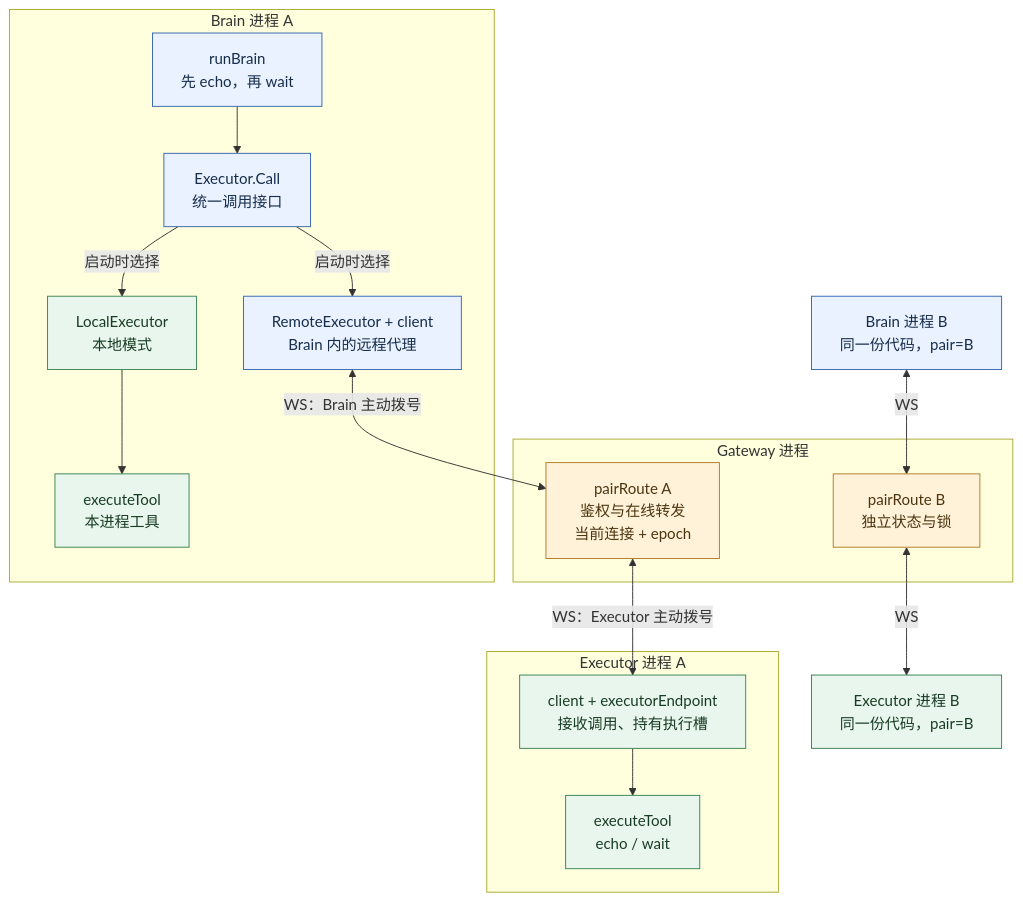
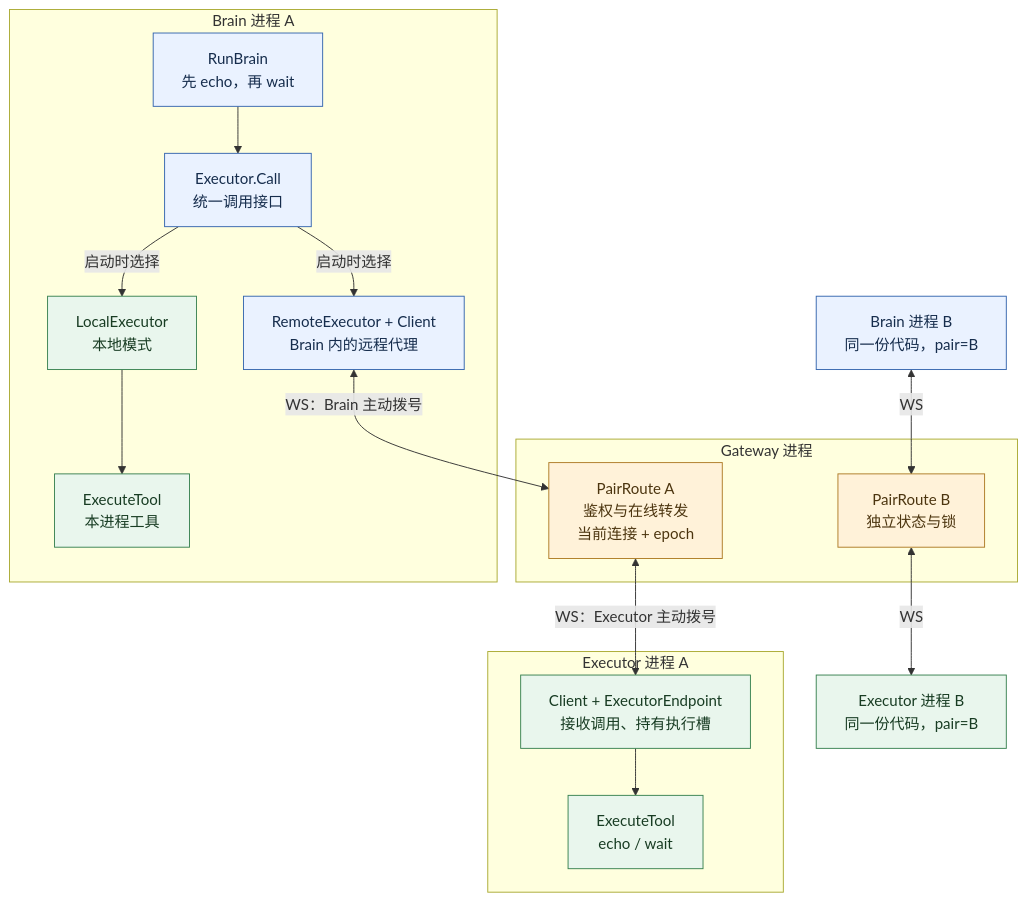
The diagram in docs/code_study/diagrams/01-architecture.mmd (shubolab/stream-gateway-lab), drawn with Mermaid before and after one commit. The commit also changed 45 other files, not shown here.

```diff
--- a/docs/code_study/diagrams/01-architecture.mmd
+++ b/docs/code_study/diagrams/01-architecture.mmd
@@ -1,33 +1,33 @@
 flowchart TB
     subgraph BP[Brain 进程 A]
-        B[runBrain<br/>先 echo，再 wait]
+        B[RunBrain<br/>先 echo，再 wait]
         I[Executor.Call<br/>统一调用接口]
         L[LocalExecutor<br/>本地模式]
-        LT[executeTool<br/>本进程工具]
-        R[RemoteExecutor + client<br/>Brain 内的远程代理]
+        LT[ExecuteTool<br/>本进程工具]
+        R[RemoteExecutor + Client<br/>Brain 内的远程代理]
         B --> I
         I -->|启动时选择| L
         L --> LT
         I -->|启动时选择| R
     end
     subgraph GP[Gateway 进程]
-        GA[pairRoute A<br/>鉴权与在线转发<br/>当前连接 + epoch]
-        GB[pairRoute B<br/>独立状态与锁]
+        GA[PairRoute A<br/>鉴权与在线转发<br/>当前连接 + epoch]
+        GB[PairRoute B<br/>独立状态与锁]
     end
     subgraph EP[Executor 进程 A]
-        E[client + executorEndpoint<br/>接收调用、持有执行槽]
-        T[executeTool<br/>echo / wait]
+        E[Client + ExecutorEndpoint<br/>接收调用、持有执行槽]
+        T[ExecuteTool<br/>echo / wait]
         E --> T
     end
     BB[Brain 进程 B<br/>同一份代码，pair=B]
     EB[Executor 进程 B<br/>同一份代码，pair=B]
     R <-->|WS：Brain 主动拨号| GA
     GA <-->|WS：Executor 主动拨号| E
     BB <-->|WS| GB
     GB <-->|WS| EB
     classDef decision fill:#eaf2ff,stroke:#3566ae,color:#162d4d
     classDef routing fill:#fff2d9,stroke:#ae7b25,color:#4c350f
     classDef execution fill:#e9f6ed,stroke:#398251,color:#183c23
     class B,I,R,BB decision
     class GA,GB routing
     class L,LT,E,T,EB execution
```
